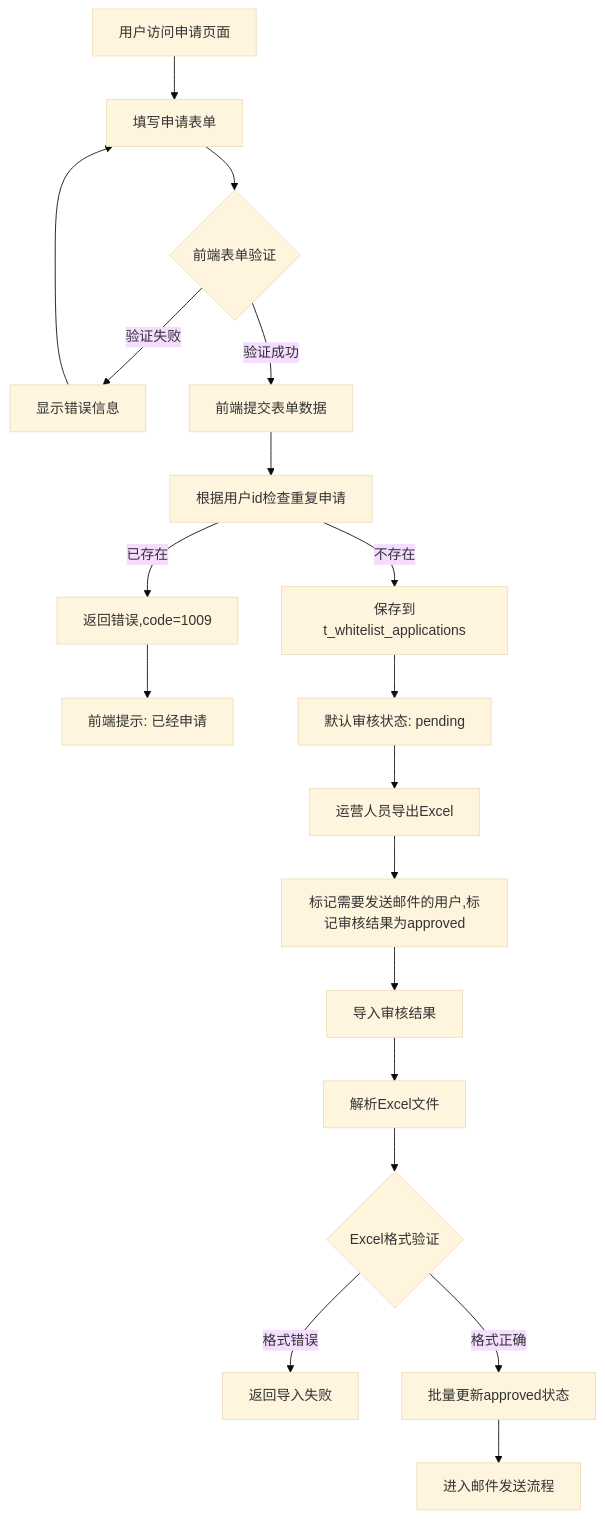
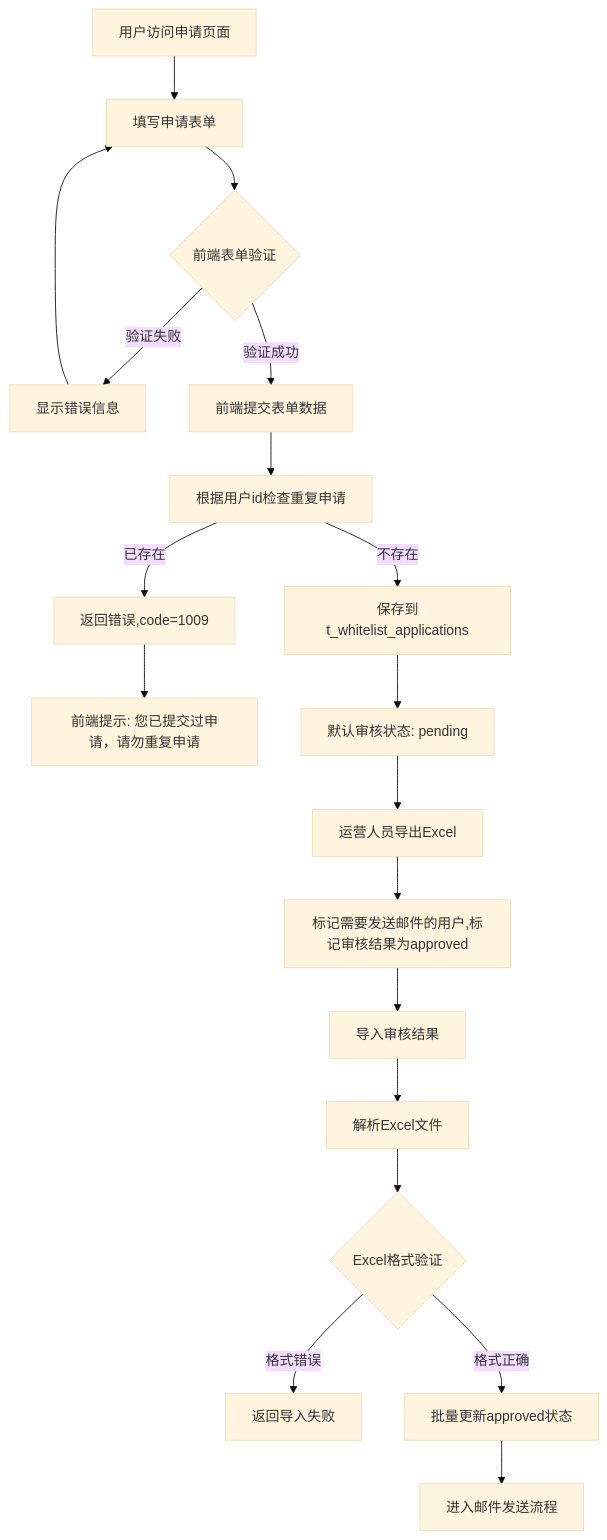
Before and after one commit to yingjianzh/iodraw-files: the diagram in all/未命名-75.md, drawn with Mermaid (base theme).

Commit message:
2025-07-08 09:37:02 update

````diff
--- a/all/未命名-75.md
+++ b/all/未命名-75.md
@@ -1,24 +1,24 @@
 ```mermaid
 
 flowchart TD
     A[用户访问申请页面] --> B[填写申请表单]
     B --> C{前端表单验证}
     C -->|验证失败| D[显示错误信息]
     D --> B
     C -->|验证成功| E[前端提交表单数据]
     E --> F[根据用户id检查重复申请]
     F -->|已存在| G[返回错误,code=1009]
-    G --> H[前端提示: 已经申请]
+    G --> H[前端提示: 您已提交过申请，请勿重复申请]
     F -->|不存在| I[保存到t_whitelist_applications]
     I --> K[默认审核状态: pending]
     
     K --> P[运营人员导出Excel]
     P --> S[标记需要发送邮件的用户,标记审核结果为approved]
     S --> T[导入审核结果]
     T --> T2[解析Excel文件]
     T2 --> T3{Excel格式验证}
     T3 -->|格式错误| T4[返回导入失败]
     T3 -->|格式正确| U[批量更新approved状态]
     U --> V[进入邮件发送流程]
 
 ```
````
